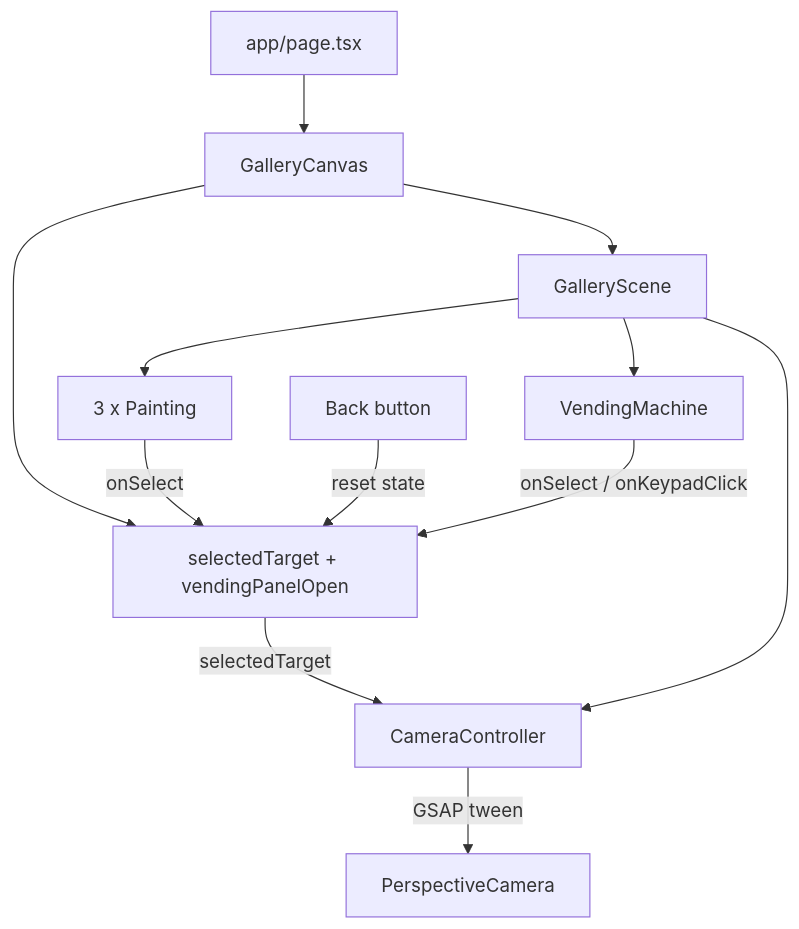
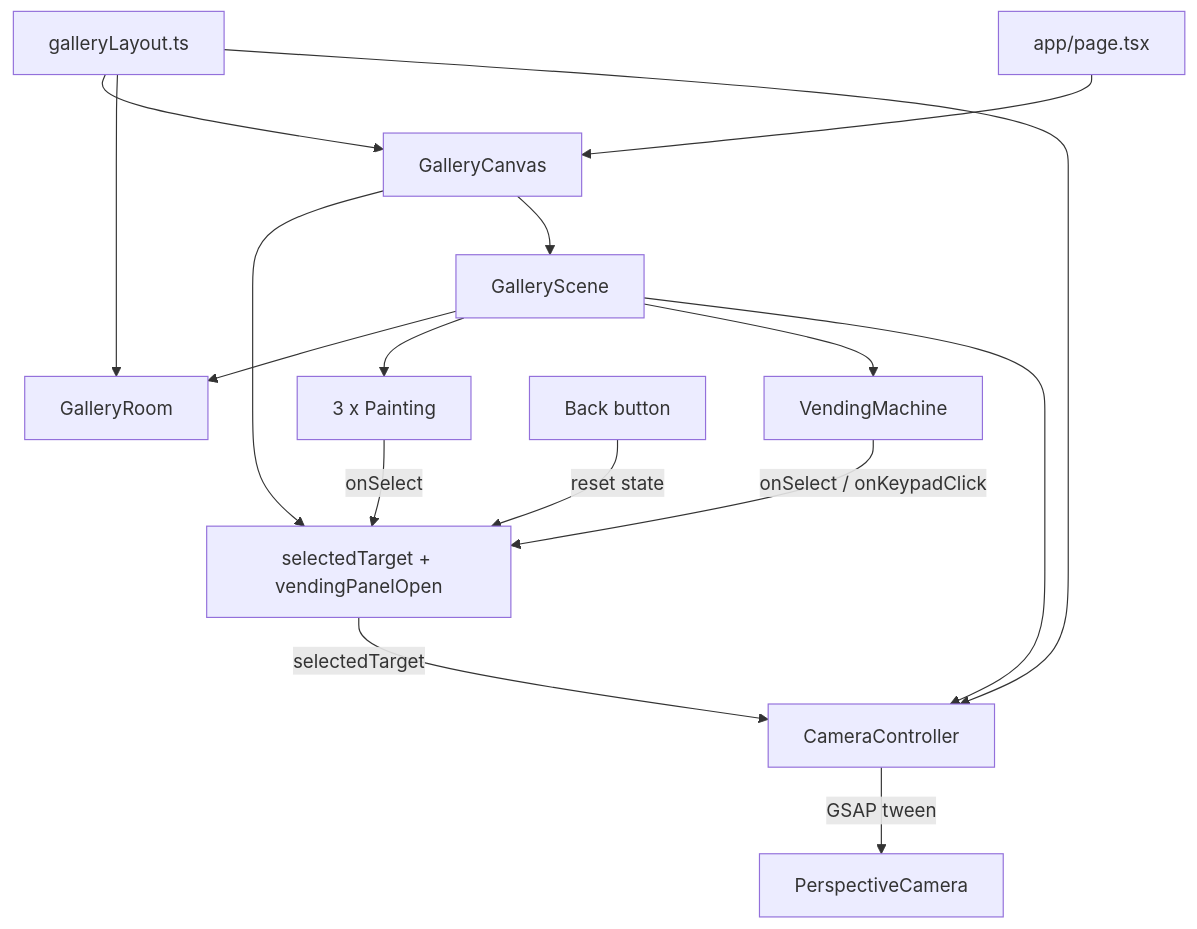
One commit to rezalukman29/interactive-gallery changed the third of 6 diagrams in docs/GALLERY-GUIDE.en.md. Above: the diagram before and after it, drawn with Mermaid. The commit also changed other lines of this file and 12 other files, not shown here.

````diff
--- a/docs/GALLERY-GUIDE.en.md
+++ b/docs/GALLERY-GUIDE.en.md
@@ -158,14 +166,18 @@
 ```mermaid
 flowchart TD
   Page[app/page.tsx] --> Canvas[GalleryCanvas]
   Canvas --> State[selectedTarget + vendingPanelOpen]
   Canvas --> Scene[GalleryScene]
+  Layout[galleryLayout.ts] --> Canvas
+  Layout --> Room[GalleryRoom]
+  Layout --> Camera[CameraController]
+  Scene --> Room
   Scene --> Painting[3 x Painting]
   Scene --> Vending[VendingMachine]
   Scene --> Camera[CameraController]
   Painting -->|onSelect| State
   Vending -->|onSelect / onKeypadClick| State
   State -->|selectedTarget| Camera
   Camera -->|GSAP tween| PerspectiveCamera
   Back[Back button] -->|reset state| State
 ```
````
